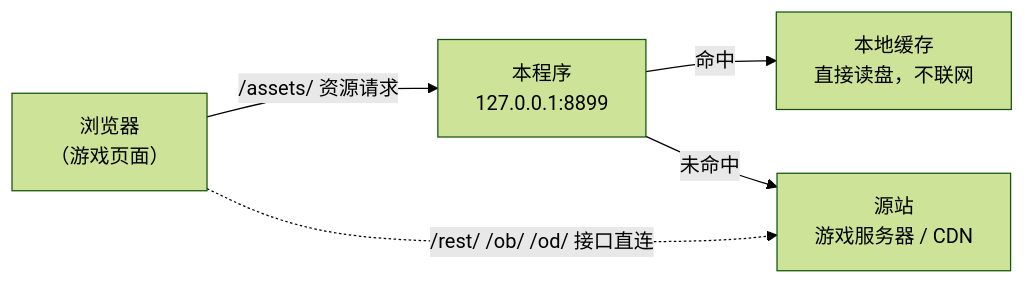
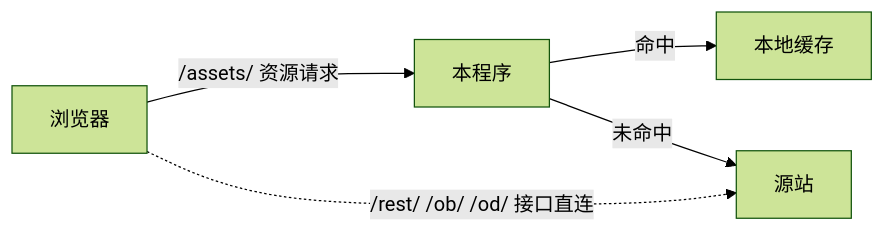
One commit to DasingDuck/GBF-Cache changed the diagram in README.md. Above: the diagram before and after it, drawn with Mermaid (forest theme).

````diff
--- a/README.md
+++ b/README.md
@@ -32,7 +32,7 @@
 ```mermaid
 flowchart LR
-  B["浏览器<br/>（游戏页面）"] -->|"/assets/ 资源请求"| P["本程序<br/>127.0.0.1:8899"]
-  P -->|"命中"| C["本地缓存<br/>直接读盘，不联网"]
-  P -->|"未命中"| O["源站<br/>游戏服务器 / CDN"]
+  B["浏览器<br/>"] -->|"/assets/ 资源请求"| P["本程序<br/>"]
+  P -->|"命中"| C["本地缓存<br/>"]
+  P -->|"未命中"| O["源站<br/>"]
   B -.->|"/rest/ /ob/ /od/ 接口直连"| O
 ```
````
